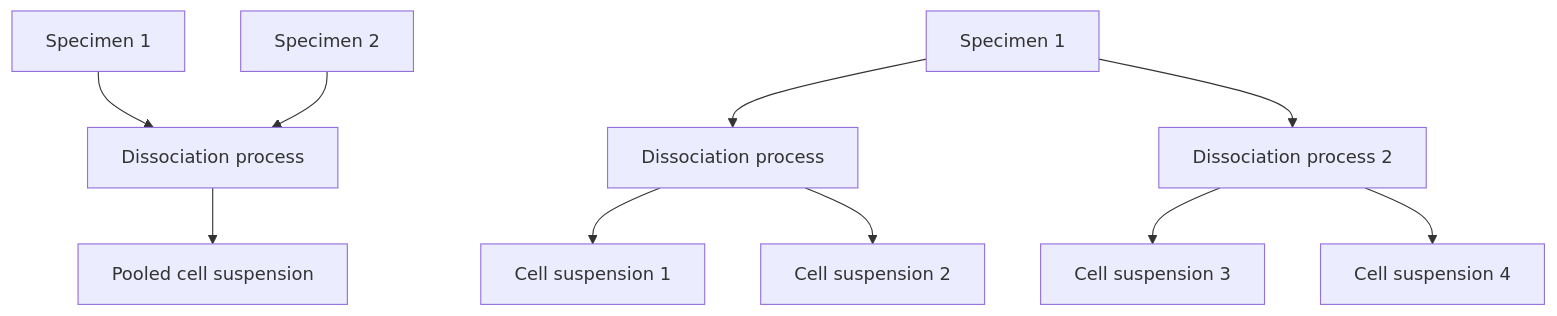
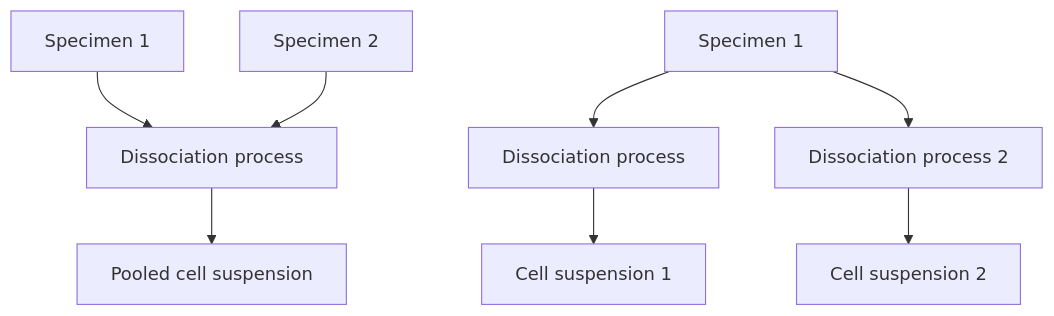
One commit to ebi-ait/hca-ebi-dev-team changed the first of 2 diagrams in scripts/programmatic_submissions/README.md. Above: the diagram before and after it, drawn with Mermaid. The commit also changed other lines of this file, not shown here.

````diff
--- a/scripts/programmatic_submissions/README.md
+++ b/scripts/programmatic_submissions/README.md
@@ -35,13 +59,11 @@
 ```mermaid
 graph TD;
 A[Specimen 1]-->B[Dissociation process];
 C[Specimen 2]-->B;
 B-->D[Pooled cell suspension];
 
 E[Specimen 1]-->F[Dissociation process]
 E-->I[Dissociation process 2]
 F-->H[Cell suspension 1]
-F-->G[Cell suspension 2]
-I-->J[Cell suspension 3]
-I-->K[Cell suspension 4]
+I-->G[Cell suspension 2]
 ```
````
